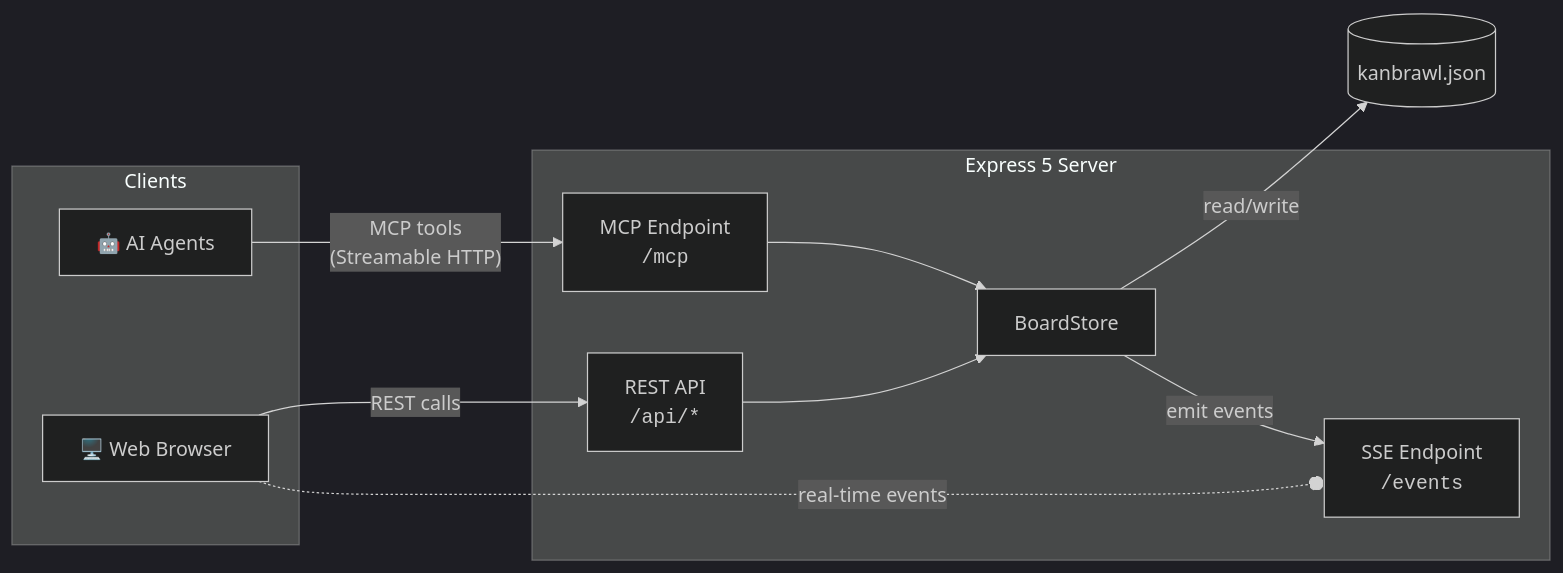
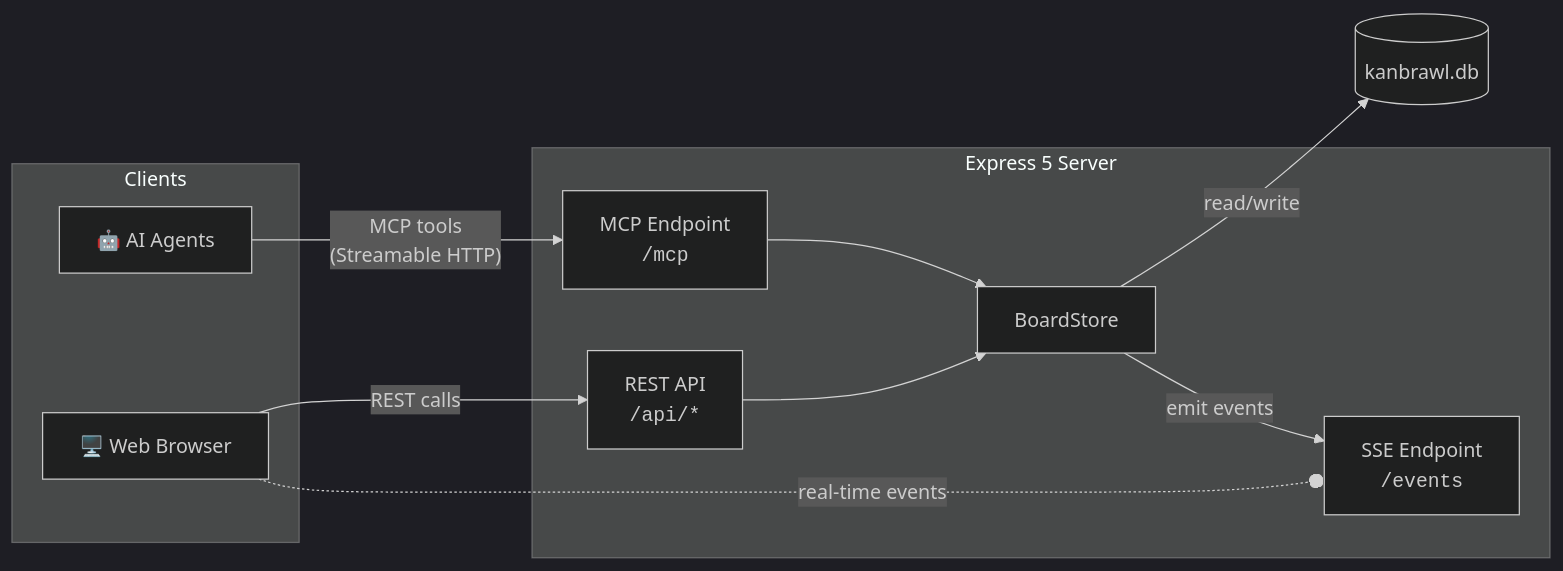
One commit to alexkutkin/kanbrawl changed the diagram in README.md. Above: the diagram before and after it, drawn with Mermaid (dark theme). The commit also changed other lines of this file and 31 other files, not shown here.

````diff
--- a/README.md
+++ b/README.md
@@ -190,25 +188,25 @@
 ```mermaid
 graph LR
   subgraph Clients
     A["🤖 AI Agents"]
     B["🖥️ Web Browser"]
   end
 
   subgraph Server ["Express 5 Server"]
     MCP["MCP Endpoint<br/><code>/mcp</code>"]
     API["REST API<br/><code>/api/*</code>"]
     SSE["SSE Endpoint<br/><code>/events</code>"]
     Store["BoardStore"]
   end
 
-  DB[("kanbrawl.json")]
+  DB[("kanbrawl.db")]
 
   A -- "MCP tools<br/>(Streamable HTTP)" --> MCP
   B -- "REST calls" --> API
   B -. "real-time events" .-o SSE
 
   MCP --> Store
   API --> Store
   Store -- "read/write" --> DB
   Store -- "emit events" --> SSE
 ```
````
